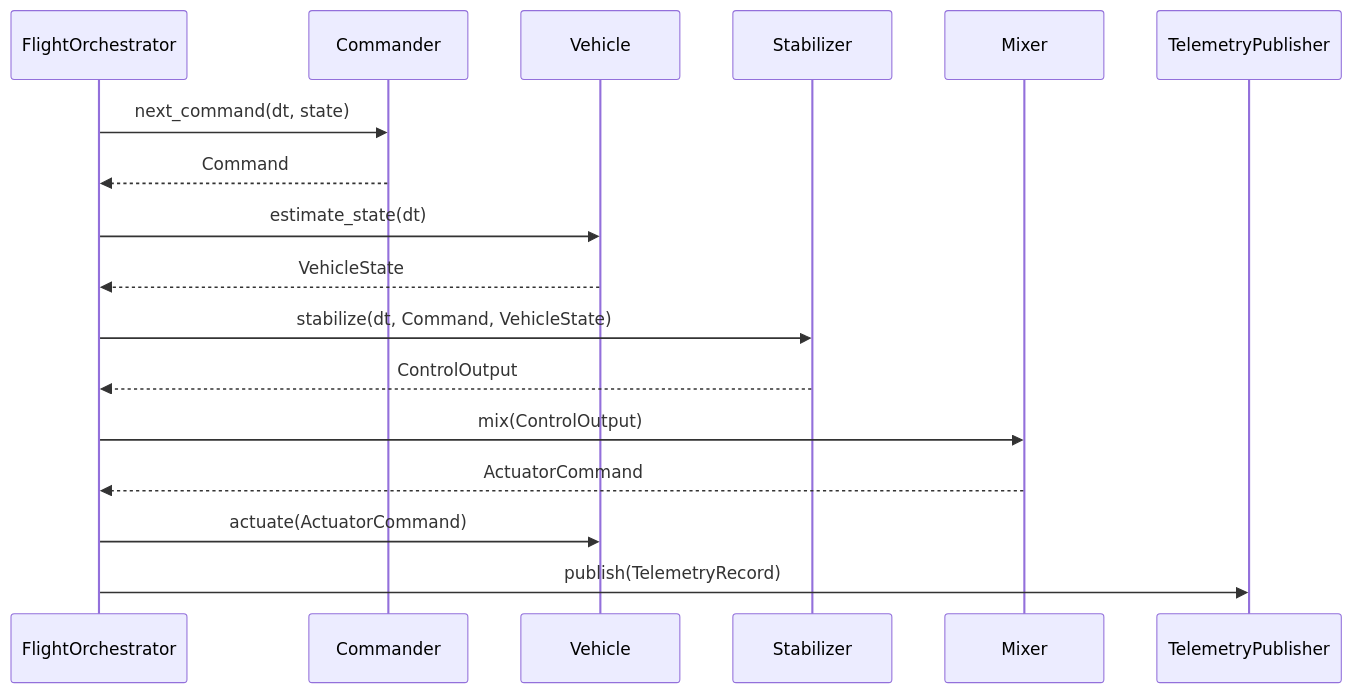
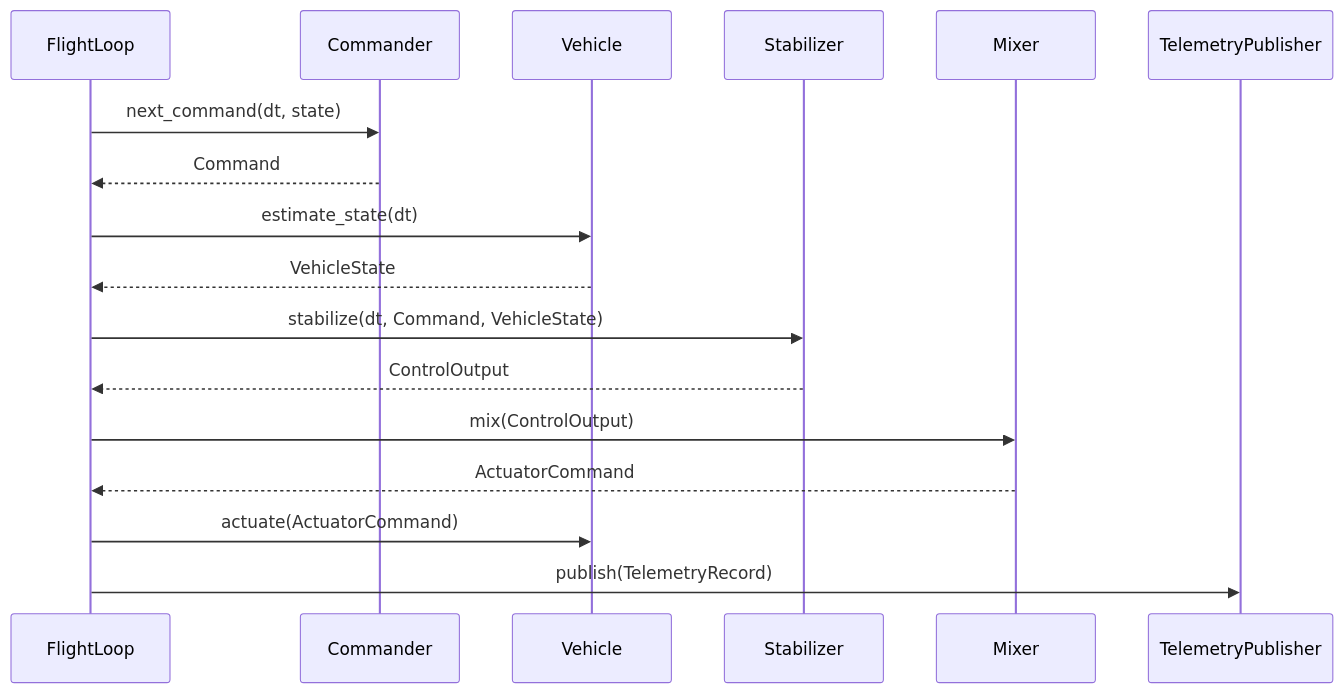
Before and after one commit to wboayue/stable-flight: the diagram in architecture.md, drawn with Mermaid. The commit also changed other lines of this file and 47 other files, not shown here.

Commit message:
Extract flight-control core into stable-flight crate with FlightLoop

````diff
--- a/architecture.md
+++ b/architecture.md
@@ -35,20 +36,20 @@
 ```mermaid
 sequenceDiagram
-    participant FlightOrchestrator
+    participant FlightLoop
     participant Commander
     participant Vehicle
     participant Stabilizer
     participant Mixer
     participant TelemetryPublisher
 
-    FlightOrchestrator->>Commander: next_command(dt, state)
-    Commander-->>FlightOrchestrator: Command
-    FlightOrchestrator->>Vehicle: estimate_state(dt)
-    Vehicle-->>FlightOrchestrator: VehicleState
-    FlightOrchestrator->>Stabilizer: stabilize(dt, Command, VehicleState)
-    Stabilizer-->>FlightOrchestrator: ControlOutput
-    FlightOrchestrator->>Mixer: mix(ControlOutput)
-    Mixer-->>FlightOrchestrator: ActuatorCommand
-    FlightOrchestrator->>Vehicle: actuate(ActuatorCommand)
-    FlightOrchestrator->>TelemetryPublisher: publish(TelemetryRecord)
+    FlightLoop->>Commander: next_command(dt, state)
+    Commander-->>FlightLoop: Command
+    FlightLoop->>Vehicle: estimate_state(dt)
+    Vehicle-->>FlightLoop: VehicleState
+    FlightLoop->>Stabilizer: stabilize(dt, Command, VehicleState)
+    Stabilizer-->>FlightLoop: ControlOutput
+    FlightLoop->>Mixer: mix(ControlOutput)
+    Mixer-->>FlightLoop: ActuatorCommand
+    FlightLoop->>Vehicle: actuate(ActuatorCommand)
+    FlightLoop->>TelemetryPublisher: publish(TelemetryRecord)
 ```
````
